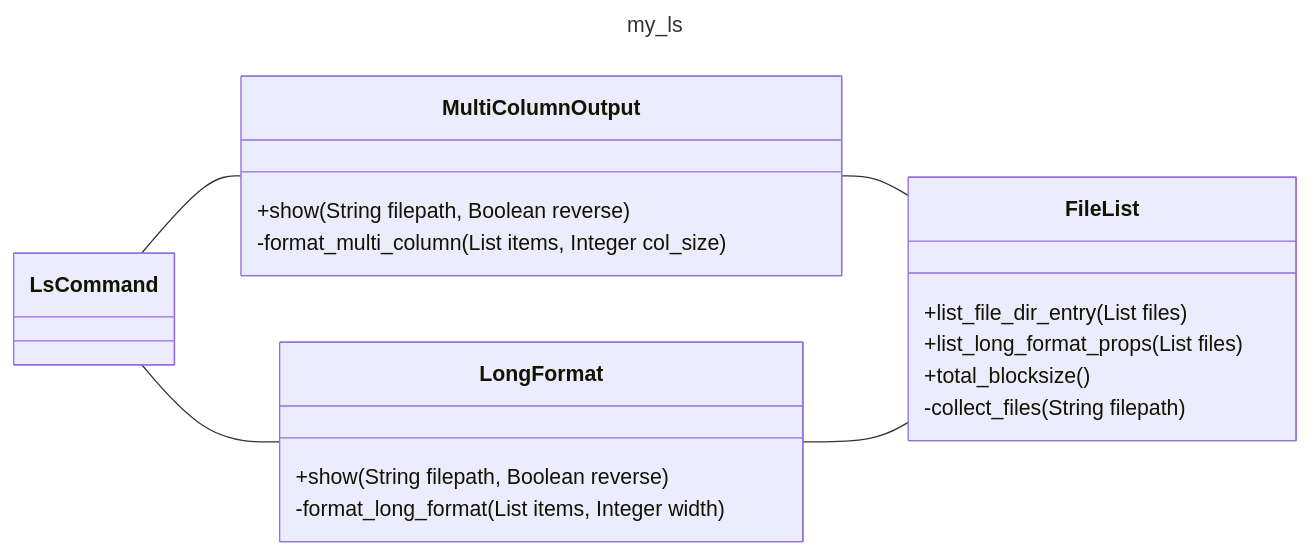
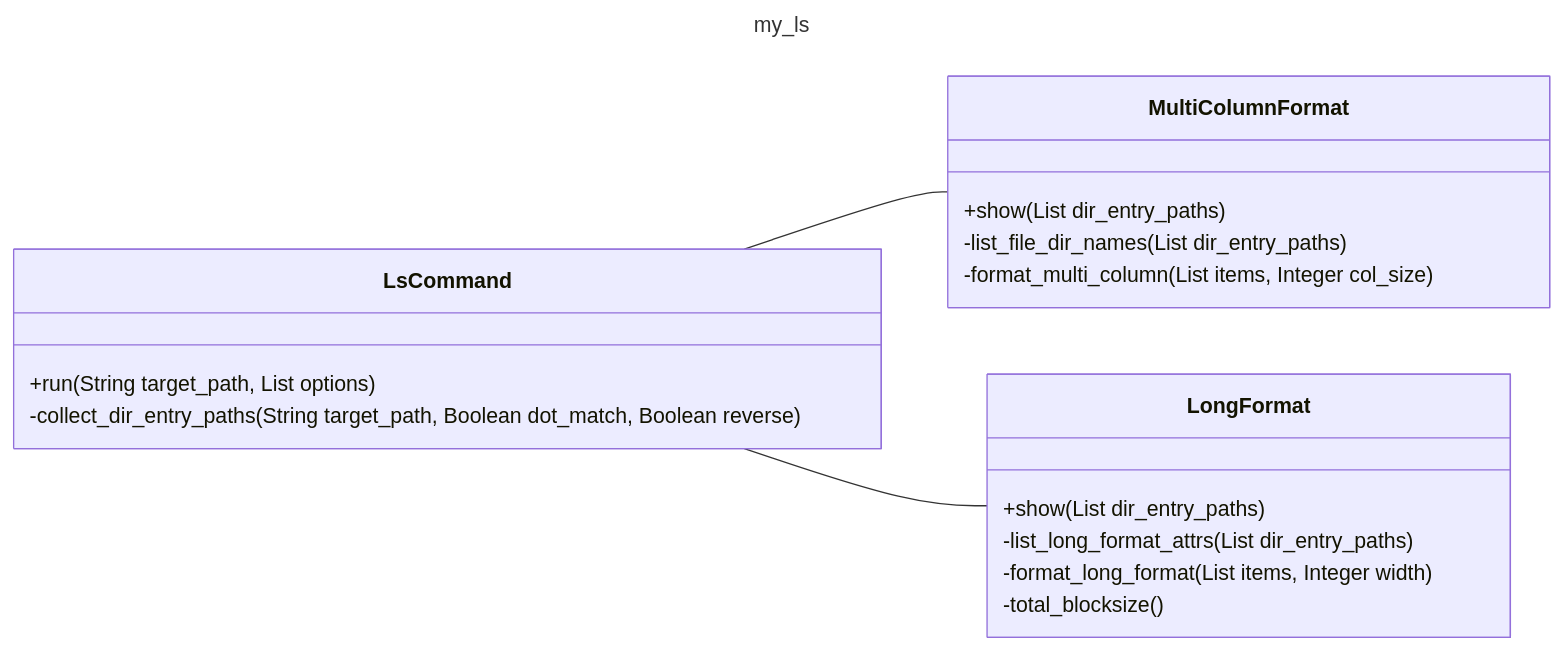
Before and after one commit to miyanew/ruby-practices: the diagram in 07.ls_object/doc/class_diagram.md, drawn with Mermaid.

Commit message:
クラス図の修正:Formatがオプションに依存しないように、LsCommandからファイルパス一覧を渡す

````diff
--- a/07.ls_object/doc/class_diagram.md
+++ b/07.ls_object/doc/class_diagram.md
@@ -1,28 +1,27 @@
 ```mermaid
 ---
 title: my_ls
 ---
 
 classDiagram
     direction LR
-    LsCommand -- MultiColumnOutput
+    LsCommand -- MultiColumnFormat
     LsCommand -- LongFormat
-    MultiColumnOutput -- FileList
-    LongFormat -- FileList
 
-    class MultiColumnOutput{
-      +show(String filepath, Boolean reverse)
+    class LsCommand{
+      +run(String target_path, List options)
+      -collect_dir_entry_paths(String target_path, Boolean dot_match, Boolean reverse)
+    }
+    class MultiColumnFormat{
+      +show(List dir_entry_paths)
+      -list_file_dir_names(List dir_entry_paths)
       -format_multi_column(List items, Integer col_size)
     }
     class LongFormat{
-      +show(String filepath, Boolean reverse)
+      +show(List dir_entry_paths)
+      -list_long_format_attrs(List dir_entry_paths)
       -format_long_format(List items, Integer width)
-    }
-    class FileList{
-      +list_file_dir_entry(List files)
-      +list_long_format_props(List files)
-      +total_blocksize()
-      -collect_files(String filepath)
+      -total_blocksize()
     }
 
 ```
````
